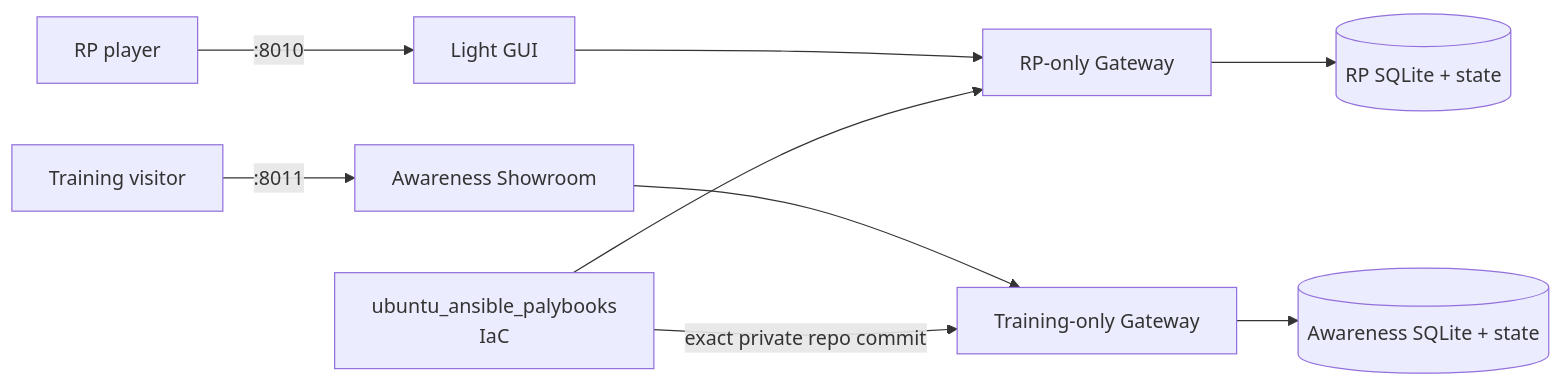
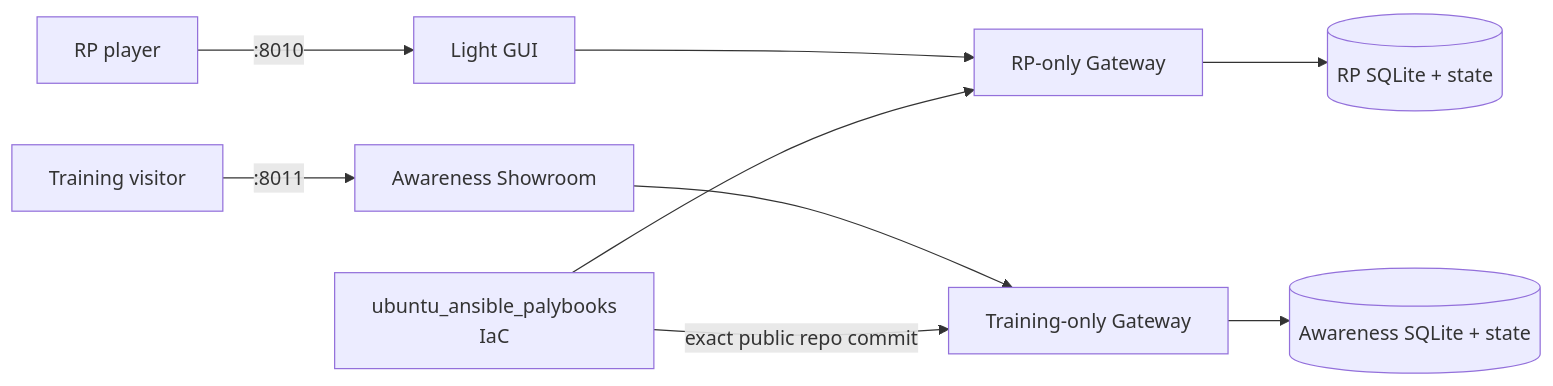
One commit to abykovwww-byte/ubuntu_ansible_palybooks changed the second of 6 diagrams in docs/wiki/01-architecture.md. Above: the diagram before and after it, drawn with Mermaid. The commit also changed 13 other files, not shown here.

````diff
--- a/docs/wiki/01-architecture.md
+++ b/docs/wiki/01-architecture.md
@@ -56,13 +56,13 @@
 ```mermaid
 flowchart LR
     U["RP player"] -->|":8010"| L["Light GUI"]
     L --> R["RP-only Gateway"]
     R --> RDB[("RP SQLite + state")]
 
     V["Training visitor"] -->|":8011"| S["Awareness Showroom"]
     S --> T["Training-only Gateway"]
     T --> TDB[("Awareness SQLite + state")]
 
     I["ubuntu_ansible_palybooks\nIaC"] --> R
-    I -->|"exact private repo commit"| T
+    I -->|"exact public repo commit"| T
 ```
````
